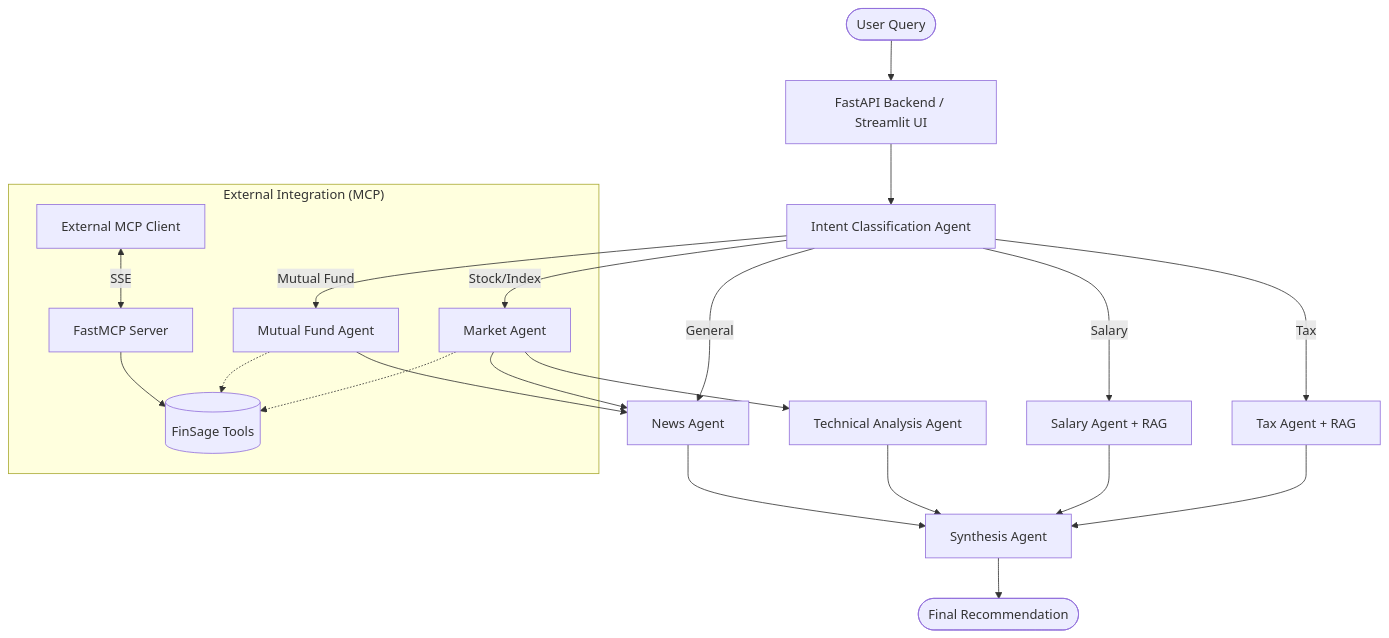
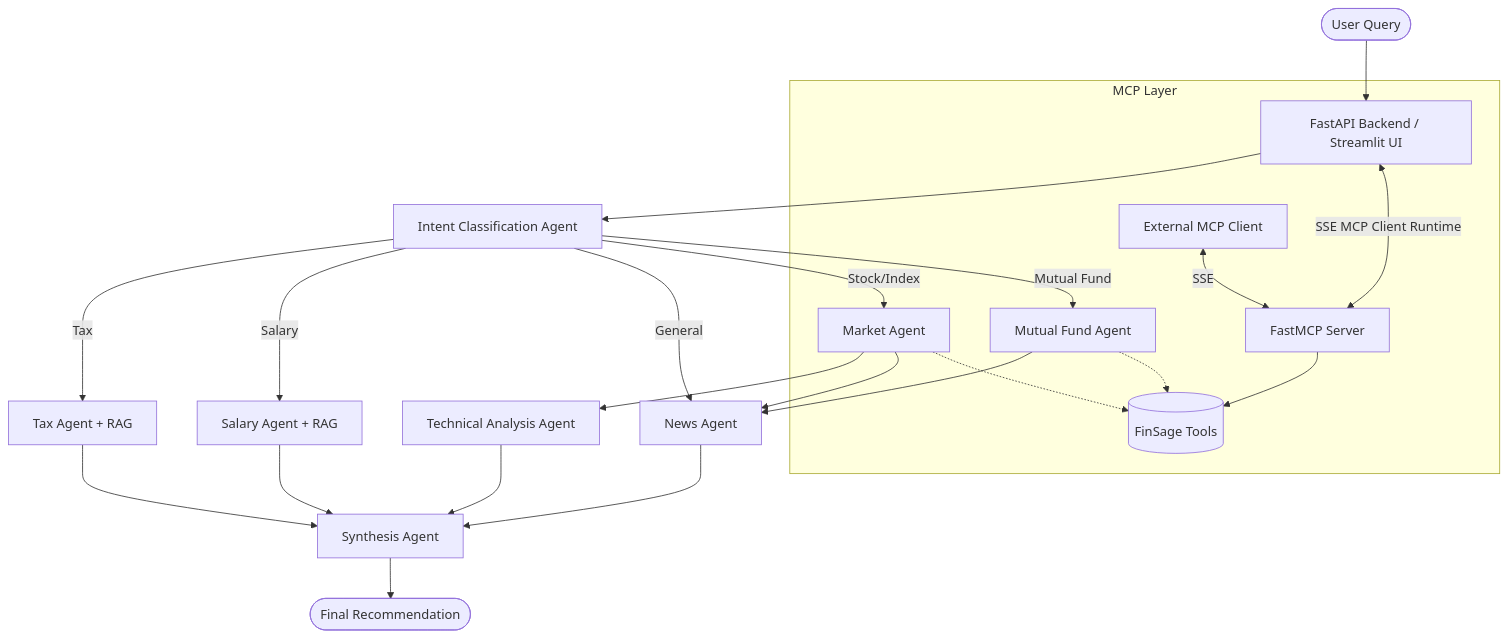
The diagram in finsage/README.md (Kukilbharadwaj/FinSage-Multi-Agent-Financial-Intelligence-System), drawn with Mermaid before and after one commit. The commit also changed other lines of this file and 4 other files, not shown here.

````diff
--- a/finsage/README.md
+++ b/finsage/README.md
@@ -28,29 +33,30 @@
 ```mermaid
 graph TD
     User([User Query]) --> API[FastAPI Backend / Streamlit UI]
     API --> Intent[Intent Classification Agent]
     
     Intent -->|Stock/Index| Market[Market Agent]
     Intent -->|Mutual Fund| MF[Mutual Fund Agent]
     Intent -->|Tax| Tax[Tax Agent + RAG]
     Intent -->|Salary| Salary[Salary Agent + RAG]
     Intent -->|General| News[News Agent]
     
     Market --> Tech[Technical Analysis Agent]
     Market --> News
     MF --> News
     
     Tech --> Synthesis[Synthesis Agent]
     Tax --> Synthesis
     Salary --> Synthesis
     News --> Synthesis
     
     Synthesis --> Response([Final Recommendation])
     
-    subgraph "External Integration (MCP)"
+    subgraph "MCP Layer"
+        API <-->|SSE MCP Client Runtime| MCP_Server[FastMCP Server]
         MCP_Client[External MCP Client] <-->|SSE| MCP_Server[FastMCP Server]
         MCP_Server --> Tools[(FinSage Tools)]
         Market -.-> Tools
         MF -.-> Tools
     end
 ```
````
